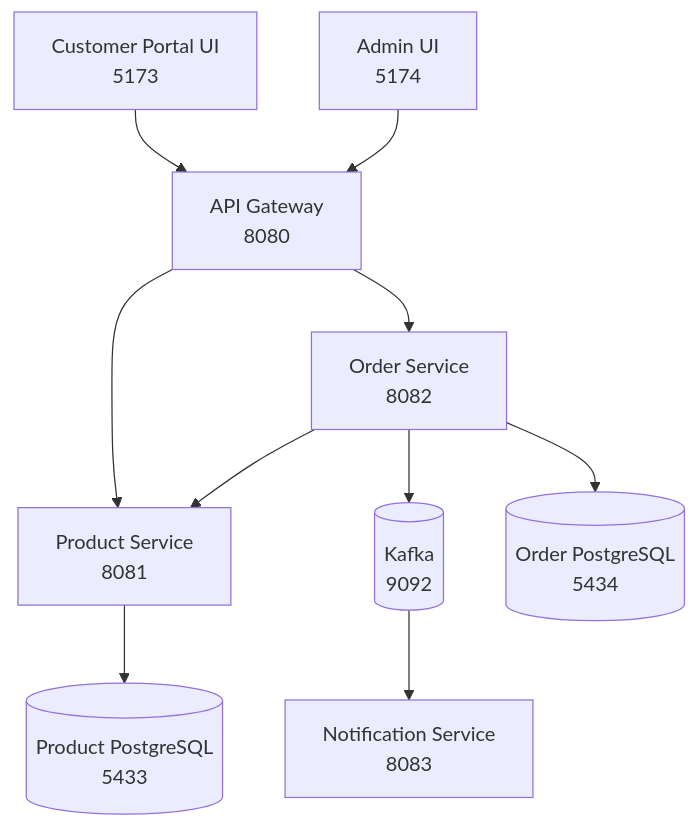
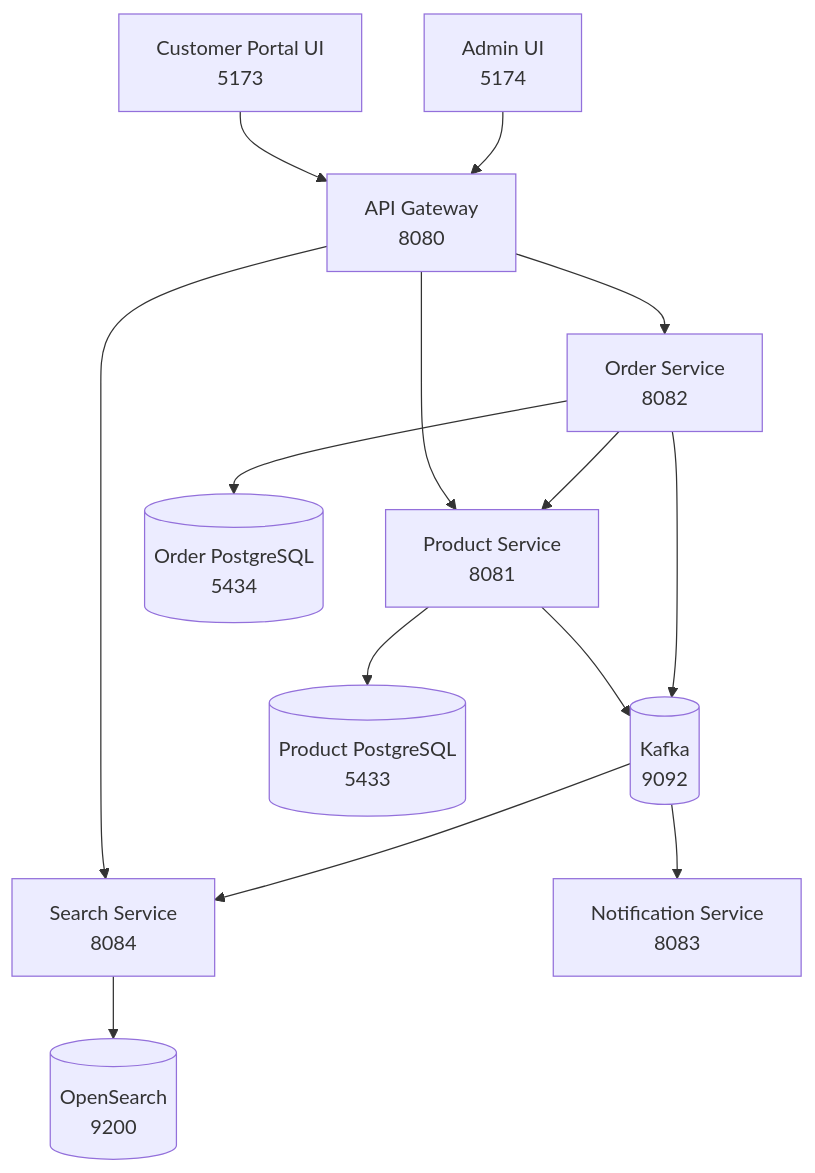
The diagram in README.md (anilkreddy/orderflow), drawn with Mermaid before and after one commit. The commit also changed other lines of this file and 59 other files, not shown here.

Commit message:
added search service

````diff
--- a/README.md
+++ b/README.md
@@ -27,12 +28,16 @@
 ```mermaid
 graph TD
     PUI[Customer Portal UI\n5173] --> GW[API Gateway\n8080]
     AUI[Admin UI\n5174] --> GW
     GW --> PS[Product Service\n8081]
     GW --> OS[Order Service\n8082]
+    GW --> SS[Search Service\n8084]
     OS --> PS
+    PS --> K[(Kafka\n9092)]
+    K --> SS
     OS --> K[(Kafka\n9092)]
     K --> NS[Notification Service\n8083]
+    SS --> OP[(OpenSearch\n9200)]
     PS --> PDB[(Product PostgreSQL\n5433)]
     OS --> ODB[(Order PostgreSQL\n5434)]
 ```
````
